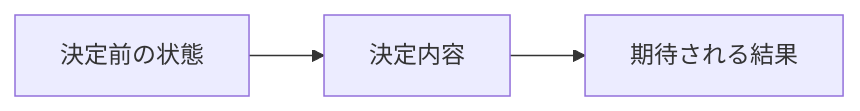
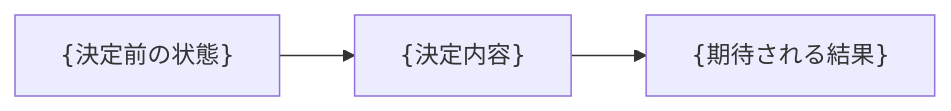
The diagram in docs/dev/adr/000-template.md (masayaWada/ops-tool-blueprint), drawn with Mermaid before and after one commit. The commit also changed other lines of this file and 9 other files, not shown here.

````diff
--- a/docs/dev/adr/000-template.md
+++ b/docs/dev/adr/000-template.md
@@ -35,5 +57,5 @@
 ```mermaid
 graph LR
-    A[決定前の状態] --> B[決定内容]
-    B --> C[期待される結果]
+    A["{決定前の状態}"] --> B["{決定内容}"]
+    B --> C["{期待される結果}"]
 ```
````
